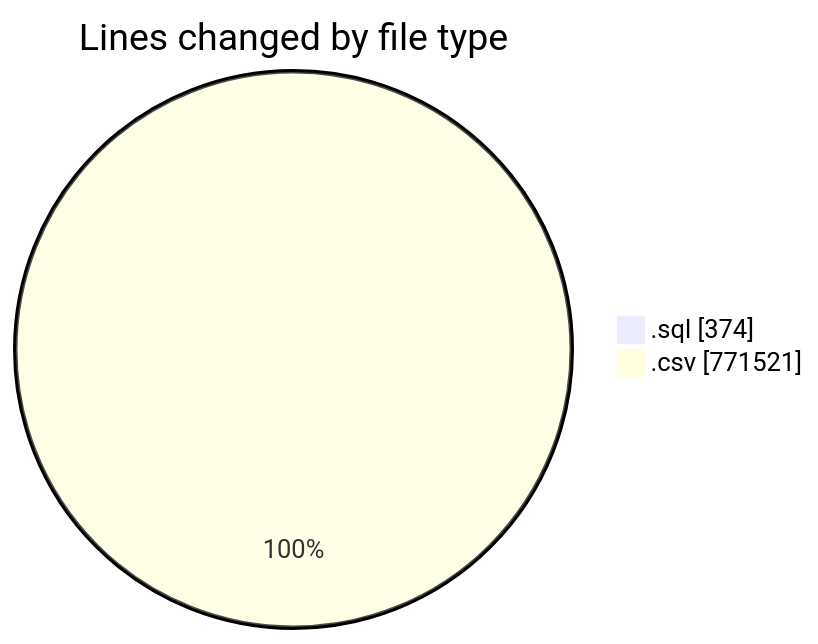
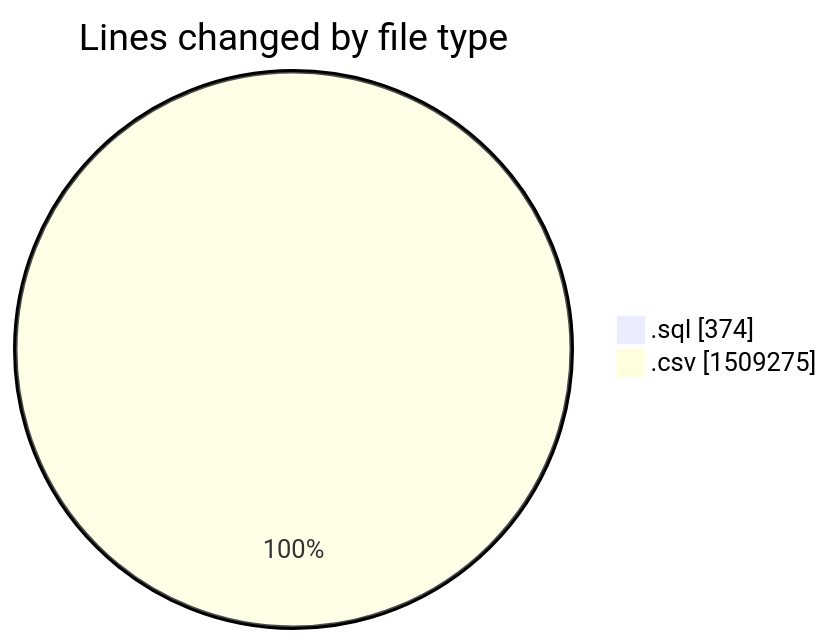
Before and after one commit to ricardozamudiocil/code-tracking: the first of 2 diagrams in 2026-06-09/cilapp/README.md, drawn with Mermaid. The commit also changed other lines of this file and 1 other file, not shown here.

````diff
--- a/2026-06-09/cilapp/README.md
+++ b/2026-06-09/cilapp/README.md
@@ -25,6 +25,6 @@
 ```mermaid
 pie showData
 title Lines changed by file type
 ".sql" : 374
-".csv" : 771521
+".csv" : 1509275
 ```
````
